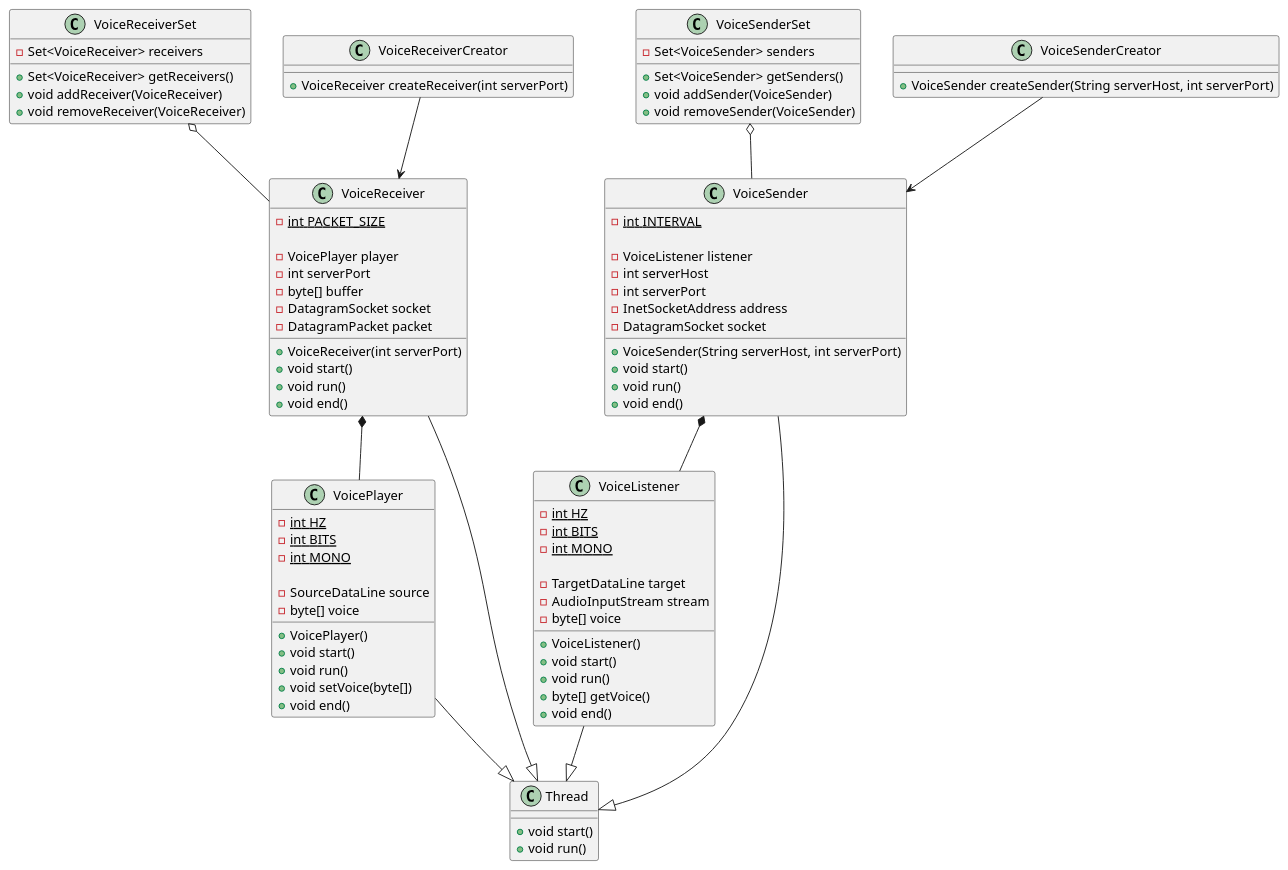
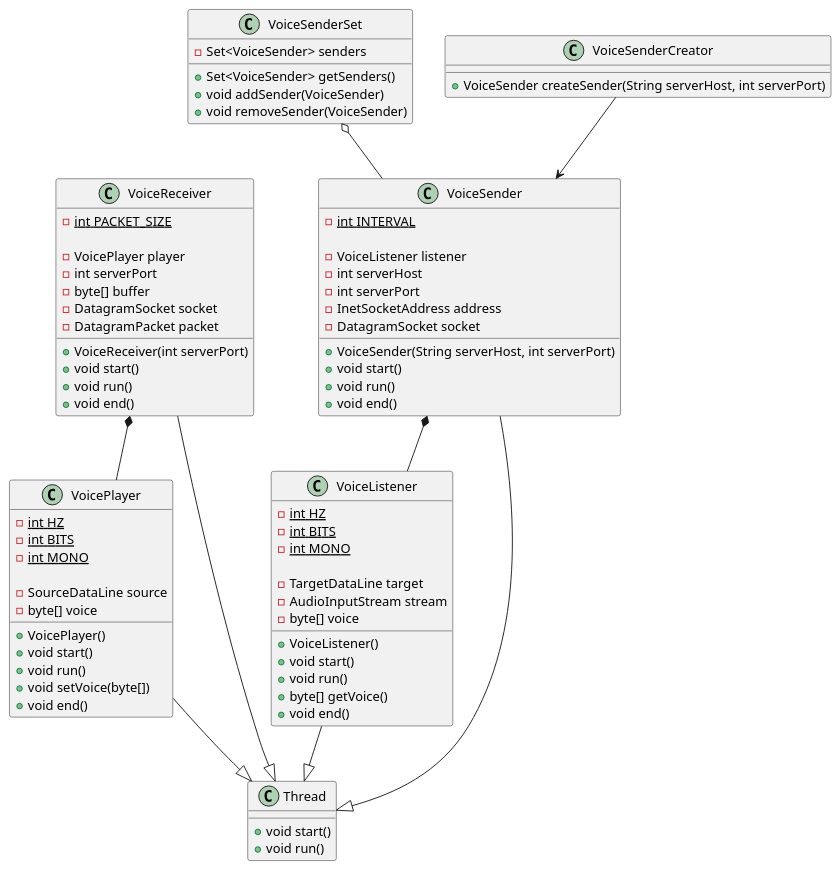
Before and after one commit to TOMOFUMI-KONDO/voice-transfer: the diagram in diagram/classDiagram.puml, drawn with PlantUML. The commit also changed 1 other file, not shown here.

Commit message:
Updated class diagram
VoiceReceiver is only one per a host.

```diff
--- a/diagram/classDiagram.puml
+++ b/diagram/classDiagram.puml
@@ -1,106 +1,92 @@
 @startuml
-
-class VoiceReceiverSet {
-    - Set<VoiceReceiver> receivers
-
-    + Set<VoiceReceiver> getReceivers()
-    + void addReceiver(VoiceReceiver)
-    + void removeReceiver(VoiceReceiver)
-}
-
-class VoiceReceiverCreator {
-    + VoiceReceiver createReceiver(int serverPort)
-}
 
 class VoiceReceiver {
     - {static} int PACKET_SIZE
 
     - VoicePlayer player
     - int serverPort
     - byte[] buffer
     - DatagramSocket socket
     - DatagramPacket packet
 
     + VoiceReceiver(int serverPort)
     + void start()
     + void run()
     + void end()
 }
 
 class VoicePlayer{
     - {static} int HZ
     - {static} int BITS
     - {static} int MONO
 
     - SourceDataLine source
     - byte[] voice
 
     + VoicePlayer()
     + void start()
     + void run()
     + void setVoice(byte[])
     + void end()
 }
 
 class VoiceSenderSet {
     - Set<VoiceSender> senders
 
     + Set<VoiceSender> getSenders()
     + void addSender(VoiceSender)
     + void removeSender(VoiceSender)
 }
 
 class VoiceSenderCreator {
     + VoiceSender createSender(String serverHost, int serverPort)
 }
 
 class VoiceSender {
     - {static} int INTERVAL
 
     - VoiceListener listener
     - int serverHost
     - int serverPort
     - InetSocketAddress address
     - DatagramSocket socket
 
     + VoiceSender(String serverHost, int serverPort)
     + void start()
     + void run()
     + void end()
 }
 
 class VoiceListener {
     - {static} int HZ
     - {static} int BITS
     - {static} int MONO
 
     - TargetDataLine target
     - AudioInputStream stream
     - byte[] voice
 
     + VoiceListener()
     + void start()
     + void run()
     + byte[] getVoice()
     + void end()
 }
 
 class Thread {
      + void start()
      + void run()
 }
 
 
-VoiceReceiverSet o-- VoiceReceiver
-VoiceReceiverCreator --> VoiceReceiver
 VoiceReceiver --|> Thread
 VoiceReceiver *-- VoicePlayer
 VoicePlayer --|> Thread
 
 VoiceSenderSet o-- VoiceSender
 VoiceSenderCreator --> VoiceSender
 VoiceSender --|> Thread
 VoiceSender *-- VoiceListener
 VoiceListener --|> Thread
 
 @enduml
```
